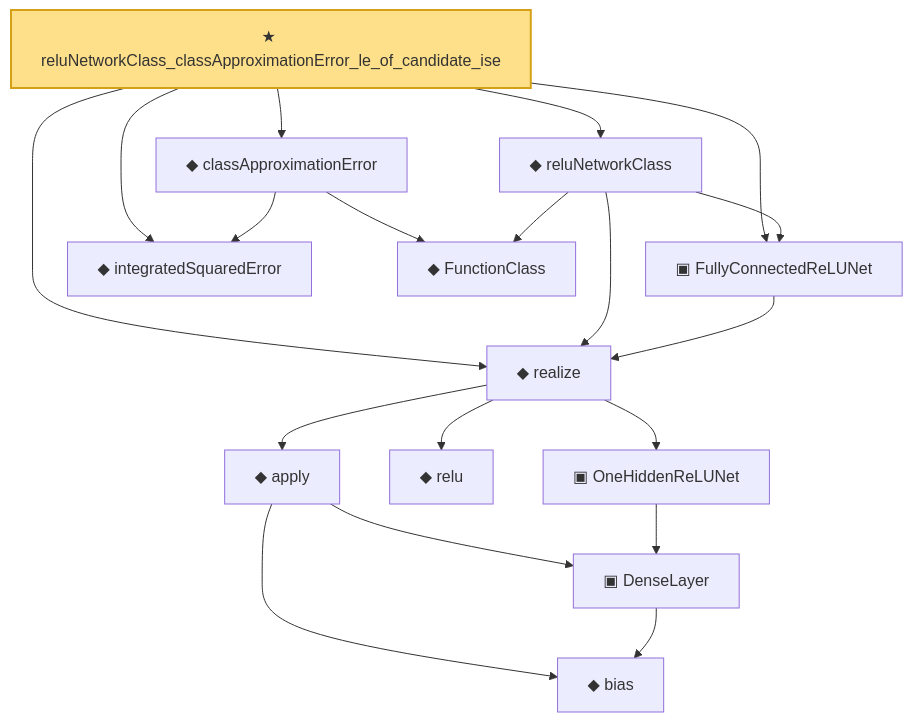
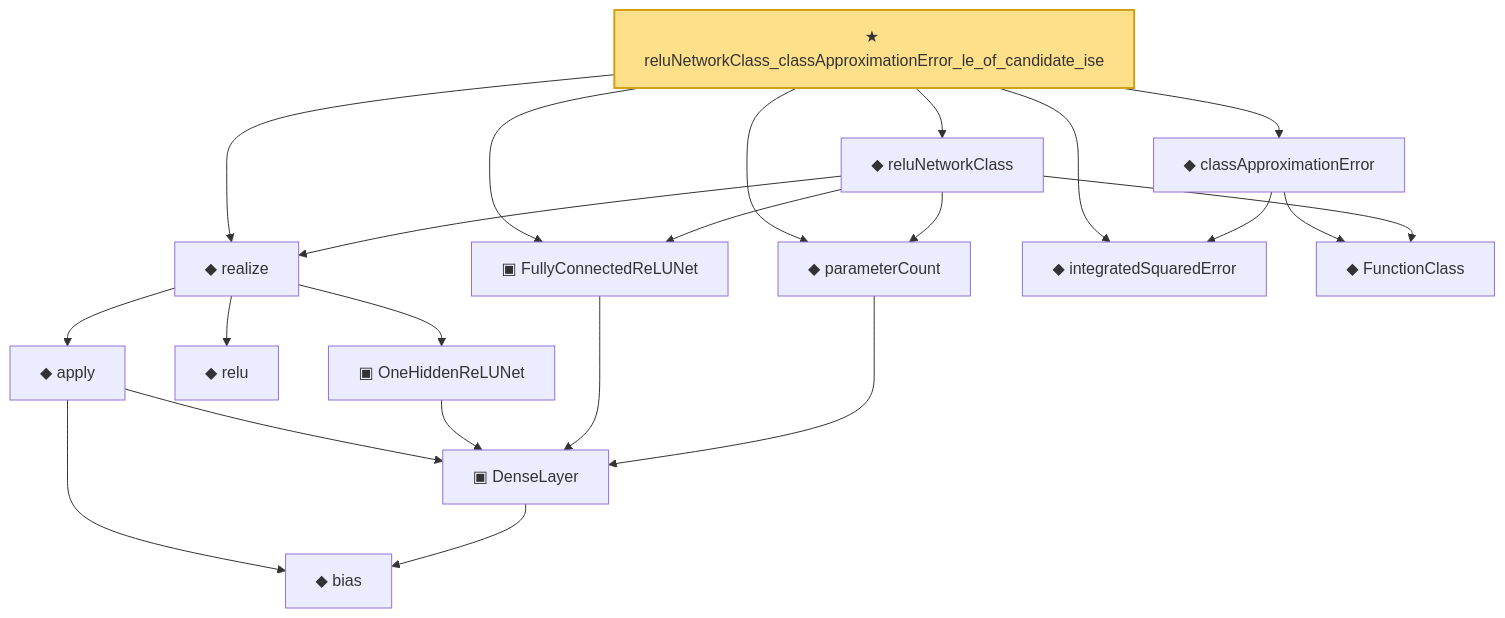
One commit to statopia/statlib-site changed the diagram in public/narratives/Nonparametric/reluNetworkClass_classApproximationError_le_of_candidate_ise.md. Above: the diagram before and after it, drawn with Mermaid. The commit also changed other lines of this file and 940 other files, not shown here.

Commit message:
docs: refresh featured dependency graphs

````diff
--- a/public/narratives/Nonparametric/reluNetworkClass_classApproximationError_le_of_candidate_ise.md
+++ b/public/narratives/Nonparametric/reluNetworkClass_classApproximationError_le_of_candidate_ise.md
@@ -23,36 +24,40 @@
 ```mermaid
 flowchart TD
   n0["◆ bias"]
   n1["▣ DenseLayer"]
-  n2["▣ OneHiddenReLUNet"]
-  n3["◆ relu"]
-  n4["◆ apply"]
-  n5["◆ realize"]
-  n6["▣ FullyConnectedReLUNet"]
-  n7["◆ integratedSquaredError"]
-  n8["◆ FunctionClass"]
-  n9["◆ reluNetworkClass"]
-  n10["◆ classApproximationError"]
-  n11["★ reluNetworkClass_classApproximationError_le_of_candidate_ise"]
+  n2["◆ parameterCount"]
+  n3["▣ FullyConnectedReLUNet"]
+  n4["▣ OneHiddenReLUNet"]
+  n5["◆ relu"]
+  n6["◆ apply"]
+  n7["◆ realize"]
+  n8["◆ integratedSquaredError"]
+  n9["◆ FunctionClass"]
+  n10["◆ reluNetworkClass"]
+  n11["◆ classApproximationError"]
+  n12["★ reluNetworkClass_classApproximationError_le_of_candidate_ise"]
   n1 --> n0
   n2 --> n1
+  n3 --> n1
   n4 --> n1
-  n4 --> n0
-  n5 --> n2
-  n5 --> n3
-  n5 --> n4
-  n6 --> n5
-  n9 --> n8
-  n9 --> n6
-  n9 --> n5
-  n10 --> n8
+  n6 --> n1
+  n6 --> n0
+  n7 --> n4
+  n7 --> n5
+  n7 --> n6
+  n10 --> n2
+  n10 --> n9
+  n10 --> n3
   n10 --> n7
-  n11 --> n6
-  n11 --> n5
-  n11 --> n7
   n11 --> n9
-  n11 --> n10
-  class n11 headline;
+  n11 --> n8
+  n12 --> n2
+  n12 --> n3
+  n12 --> n7
+  n12 --> n8
+  n12 --> n10
+  n12 --> n11
+  class n12 headline;
   classDef headline fill:#ffe08a,stroke:#d4a017,stroke-width:2px;
   classDef axiomNode fill:#ffd0d0,stroke:#c0392b,stroke-dasharray:4 2;
 ```
````
